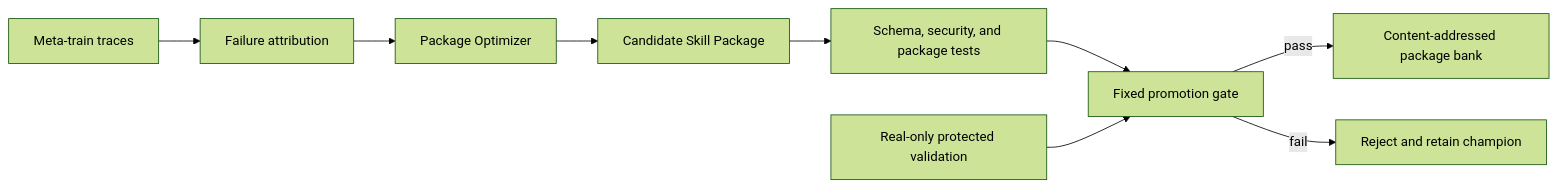
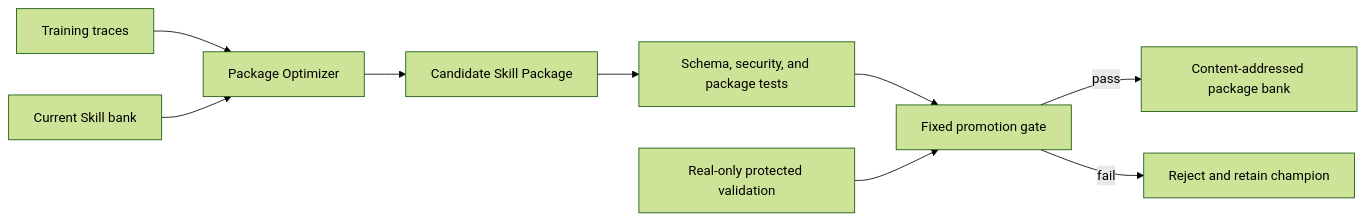
Before and after one commit to FengyuanYin/EvoFactSkill: the second of 2 diagrams in README.md, drawn with Mermaid (forest theme). The commit also changed other lines of this file and 34 other files, not shown here.

````diff
--- a/README.md
+++ b/README.md
@@ -53,11 +53,11 @@
 ```mermaid
 flowchart LR
-    A[Meta-train traces] --> B[Failure attribution]
-    B --> C[Package Optimizer]
+    A[Training traces] --> C[Package Optimizer]
+    B[Current Skill bank] --> C
     C --> D[Candidate Skill Package]
     D --> E[Schema, security, and package tests]
     E --> F[Fixed promotion gate]
     G[Real-only protected validation] --> F
     F -->|pass| H[Content-addressed package bank]
     F -->|fail| I[Reject and retain champion]
 ```
````
